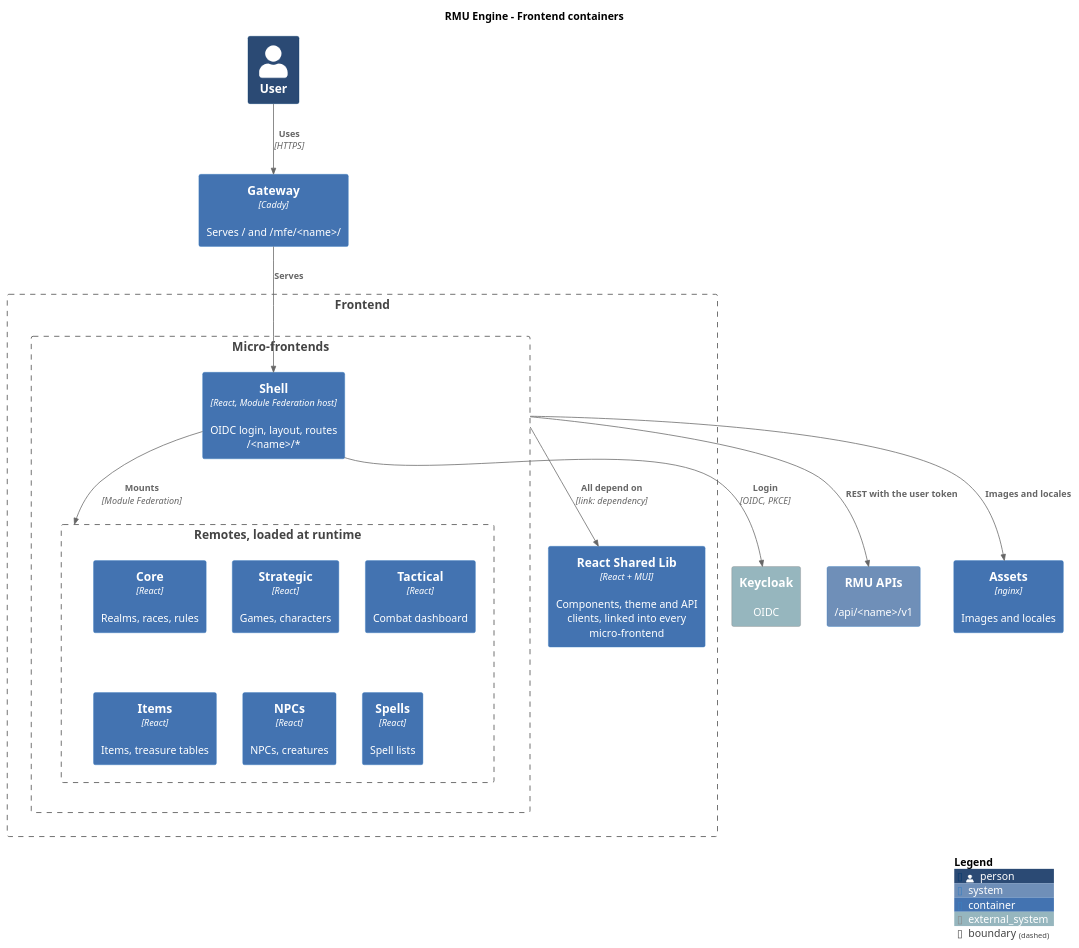
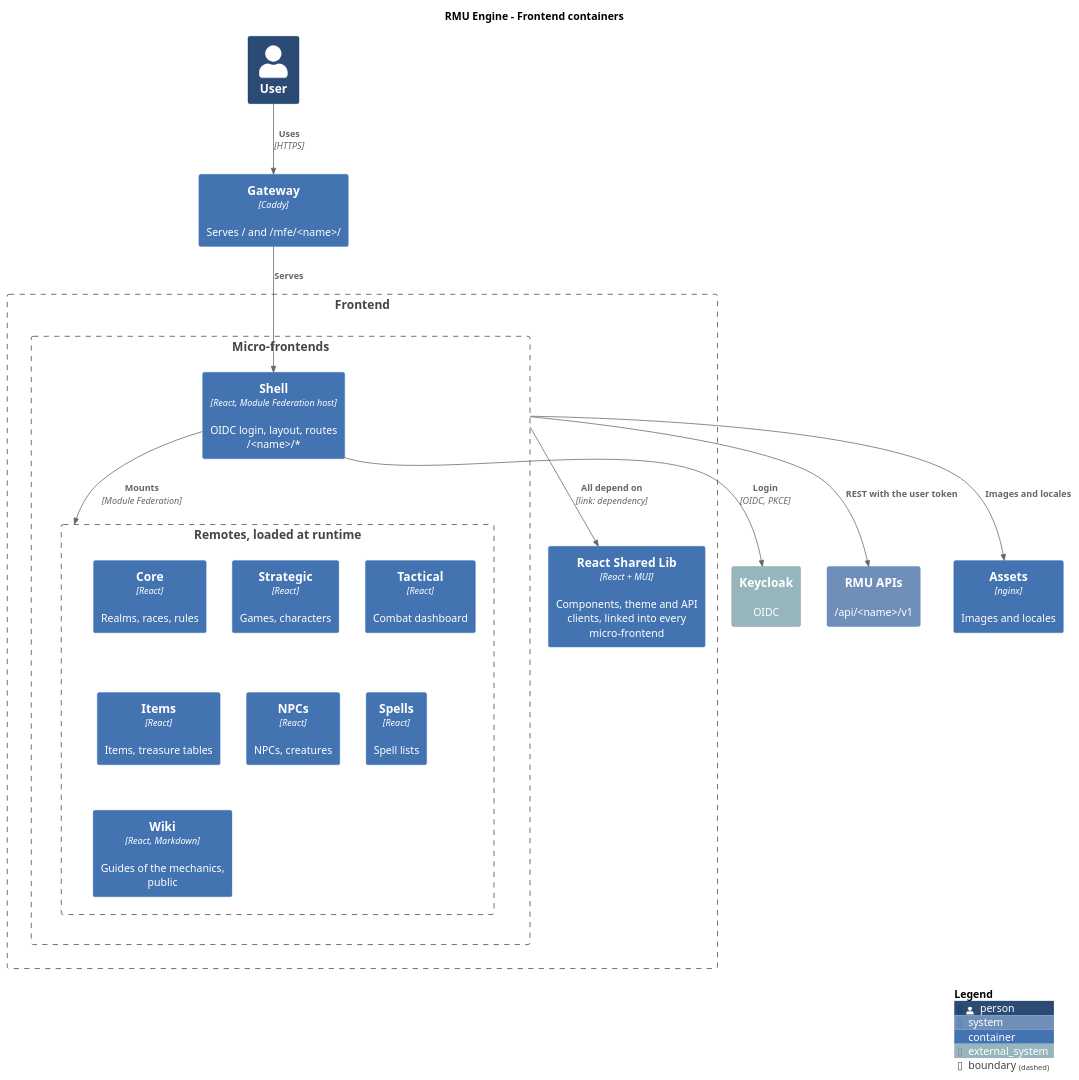
One commit to labcabrera/rmu-platform changed the diagram in docs/diagrams/c4-containers-frontends.plantuml. Above: the diagram before and after it, drawn with PlantUML. The commit also changed 9 other files, not shown here.

```diff
--- a/docs/diagrams/c4-containers-frontends.plantuml
+++ b/docs/diagrams/c4-containers-frontends.plantuml
@@ -1,42 +1,43 @@
 @startuml c4-containers-frontends
 title RMU Engine - Frontend containers
 
 !include https://raw.githubusercontent.com/plantuml-stdlib/C4-PlantUML/master/C4_Container.puml
 
 UpdateElementStyle(person, $bgColor="#2b4a74ff")
 UpdateElementStyle(container, $bgColor="#4373b1ff")
 UpdateElementStyle(external_system, $bgColor="#96b6beff")
 UpdateElementStyle(system, $bgColor="#6f8fb8ff")
 
 Person(user, "User")
 Container(gateway, "Gateway", "Caddy", "Serves / and /mfe/<name>/")
 
 Boundary(frontend, "Frontend") {
     Boundary(apps, "Micro-frontends") {
         Container(shell, "Shell", "React, Module Federation host", "OIDC login, layout, routes /<name>/*")
         Boundary(remotes, "Remotes, loaded at runtime") {
             Container(core, "Core", "React", "Realms, races, rules")
             Container(strategic, "Strategic", "React", "Games, characters")
             Container(tactical, "Tactical", "React", "Combat dashboard")
             Container(items, "Items", "React", "Items, treasure tables")
             Container(npcs, "NPCs", "React", "NPCs, creatures")
             Container(spells, "Spells", "React", "Spell lists")
+            Container(wiki, "Wiki", "React, Markdown", "Guides of the mechanics, public")
         }
     }
     Container(lib, "React Shared Lib", "React + MUI", "Components, theme and API clients, linked into every micro-frontend")
 }
 
 Container(assets, "Assets", "nginx", "Images and locales")
 System(apis, "RMU APIs", "/api/<name>/v1")
 System_Ext(keycloak, "Keycloak", "OIDC")
 
 Rel(user, gateway, "Uses", "HTTPS")
 Rel(gateway, shell, "Serves")
 Rel(shell, remotes, "Mounts", "Module Federation")
 Rel(apps, lib, "All depend on", "link: dependency")
 Rel(apps, assets, "Images and locales")
 Rel(apps, apis, "REST with the user token")
 Rel(shell, keycloak, "Login", "OIDC, PKCE")
 
 SHOW_LEGEND()
 @enduml
```
